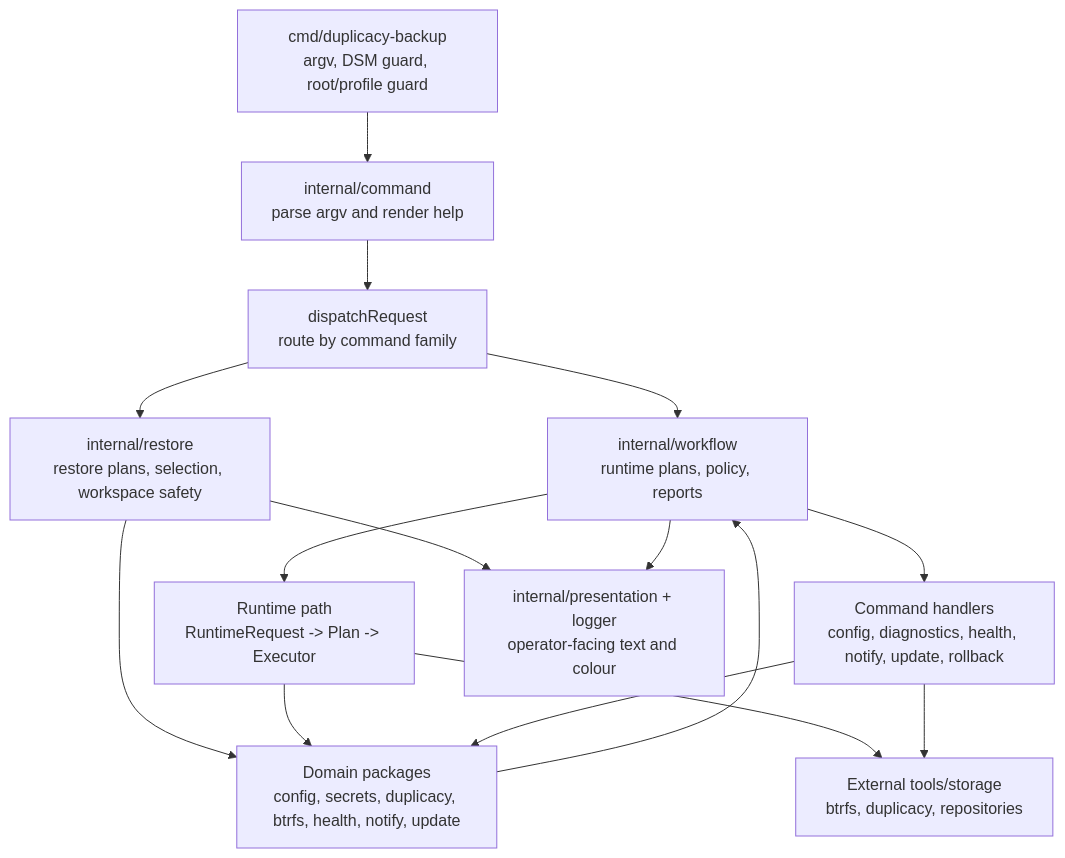
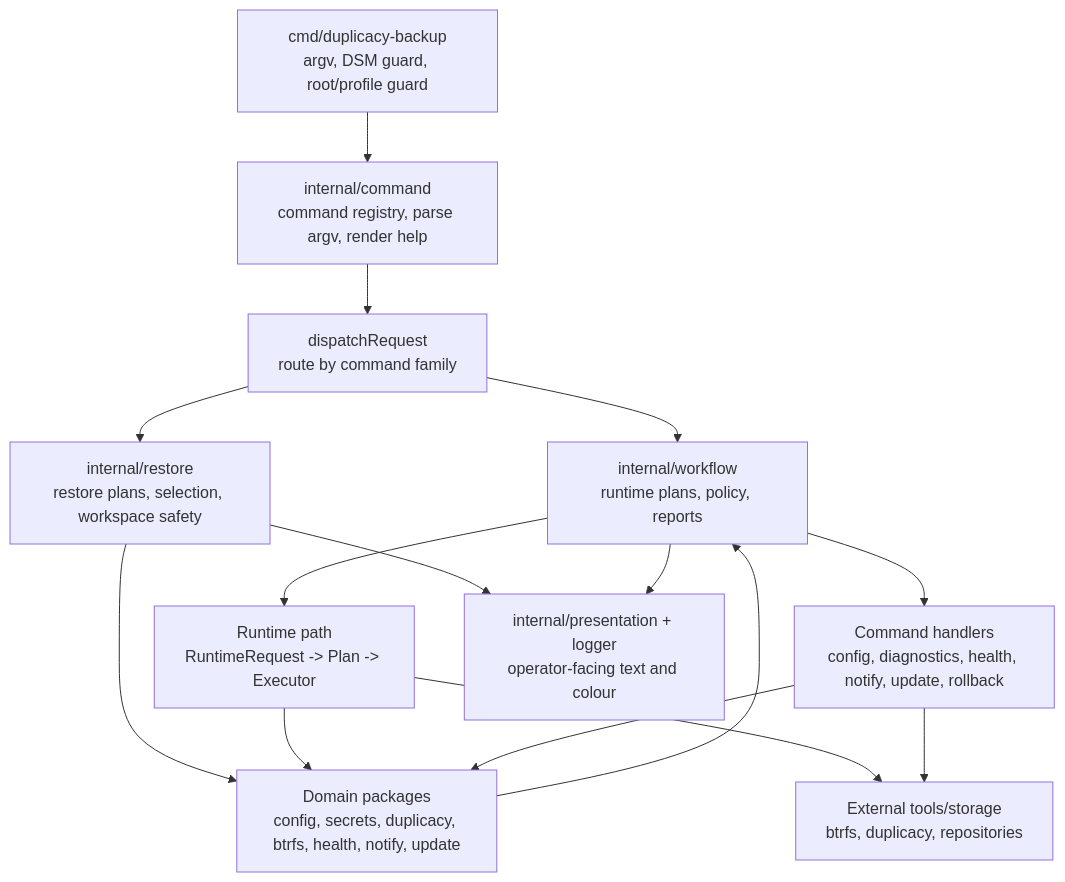
Before and after one commit to phillipmcmahon/synology-duplicacy-backup: the diagram in docs/architecture.md, drawn with Mermaid. The commit also changed other lines of this file and 7 other files, not shown here.

````diff
--- a/docs/architecture.md
+++ b/docs/architecture.md
@@ -22,28 +22,28 @@
 ```mermaid
 flowchart TD
     CLI["cmd/duplicacy-backup<br/>argv, DSM guard, root/profile guard"]
-    Command["internal/command<br/>parse argv and render help"]
+    Command["internal/command<br/>command registry, parse argv, render help"]
     Dispatch["dispatchRequest<br/>route by command family"]
     Workflow["internal/workflow<br/>runtime plans, policy, reports"]
     Restore["internal/restore<br/>restore plans, selection, workspace safety"]
     Runtime["Runtime path<br/>RuntimeRequest -> Plan -> Executor"]
     CommandHandlers["Command handlers<br/>config, diagnostics, health, notify, update, rollback"]
     Domains["Domain packages<br/>config, secrets, duplicacy, btrfs, health, notify, update"]
     Presentation["internal/presentation + logger<br/>operator-facing text and colour"]
     External["External tools/storage<br/>btrfs, duplicacy, repositories"]
 
     CLI --> Command
     Command --> Dispatch
     Dispatch --> Workflow
     Dispatch --> Restore
     Workflow --> Runtime
     Workflow --> CommandHandlers
     Restore --> Domains
     Restore --> Presentation
     Runtime --> Domains
     CommandHandlers --> Domains
     Runtime --> External
     CommandHandlers --> External
     Workflow --> Presentation
     Domains --> Workflow
 ```
````
